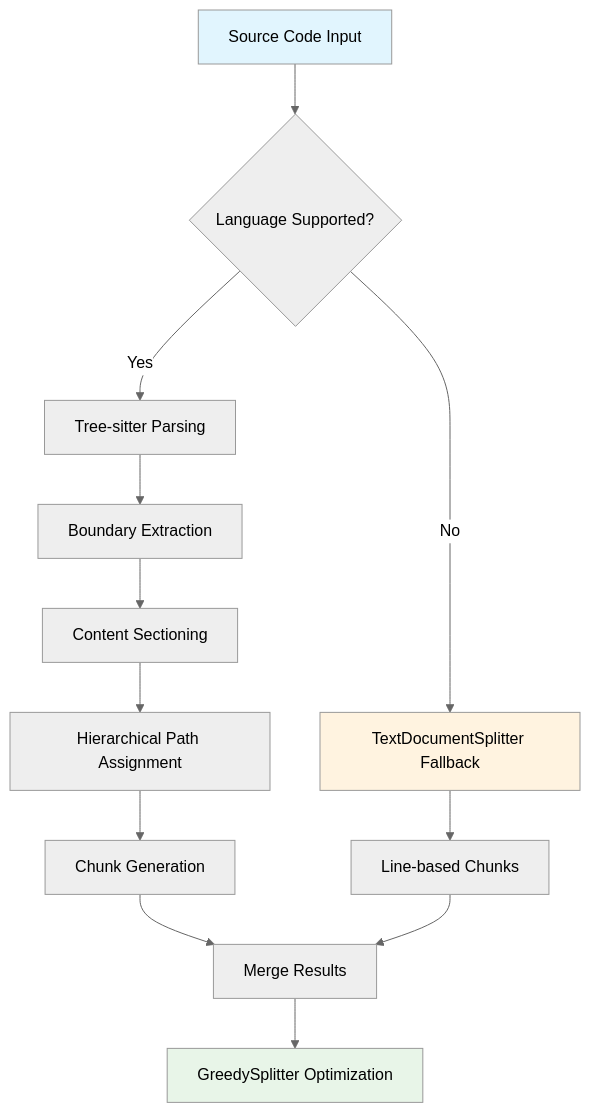
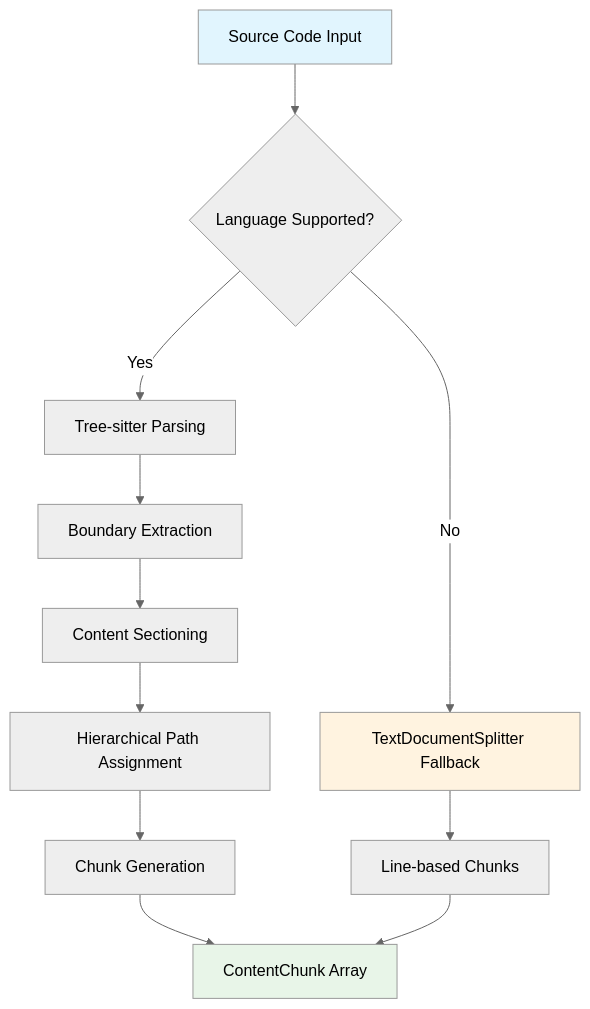
One commit to arabold/docs-mcp-server changed the fourth of 6 diagrams in docs/source-code-splitter.md. Above: the diagram before and after it, drawn with Mermaid (neutral theme). The commit also changed other lines of this file and 5 other files, not shown here.

````diff
--- a/docs/source-code-splitter.md
+++ b/docs/source-code-splitter.md
@@ -162,20 +159,19 @@
 ```mermaid
 flowchart TD
     A[Source Code Input] --> B{Language Supported?}
     B -->|Yes| C[Tree-sitter Parsing]
     B -->|No| D[TextDocumentSplitter Fallback]
 
     C --> E[Boundary Extraction]
     E --> F[Content Sectioning]
     F --> G[Hierarchical Path Assignment]
     G --> H[Chunk Generation]
 
     D --> I[Line-based Chunks]
-    H --> J[Merge Results]
+    H --> J[ContentChunk Array]
     I --> J
-    J --> K[GreedySplitter Optimization]
 
     style A fill:#e1f5fe
-    style K fill:#e8f5e8
+    style J fill:#e8f5e8
     style D fill:#fff3e0
 ```
````
